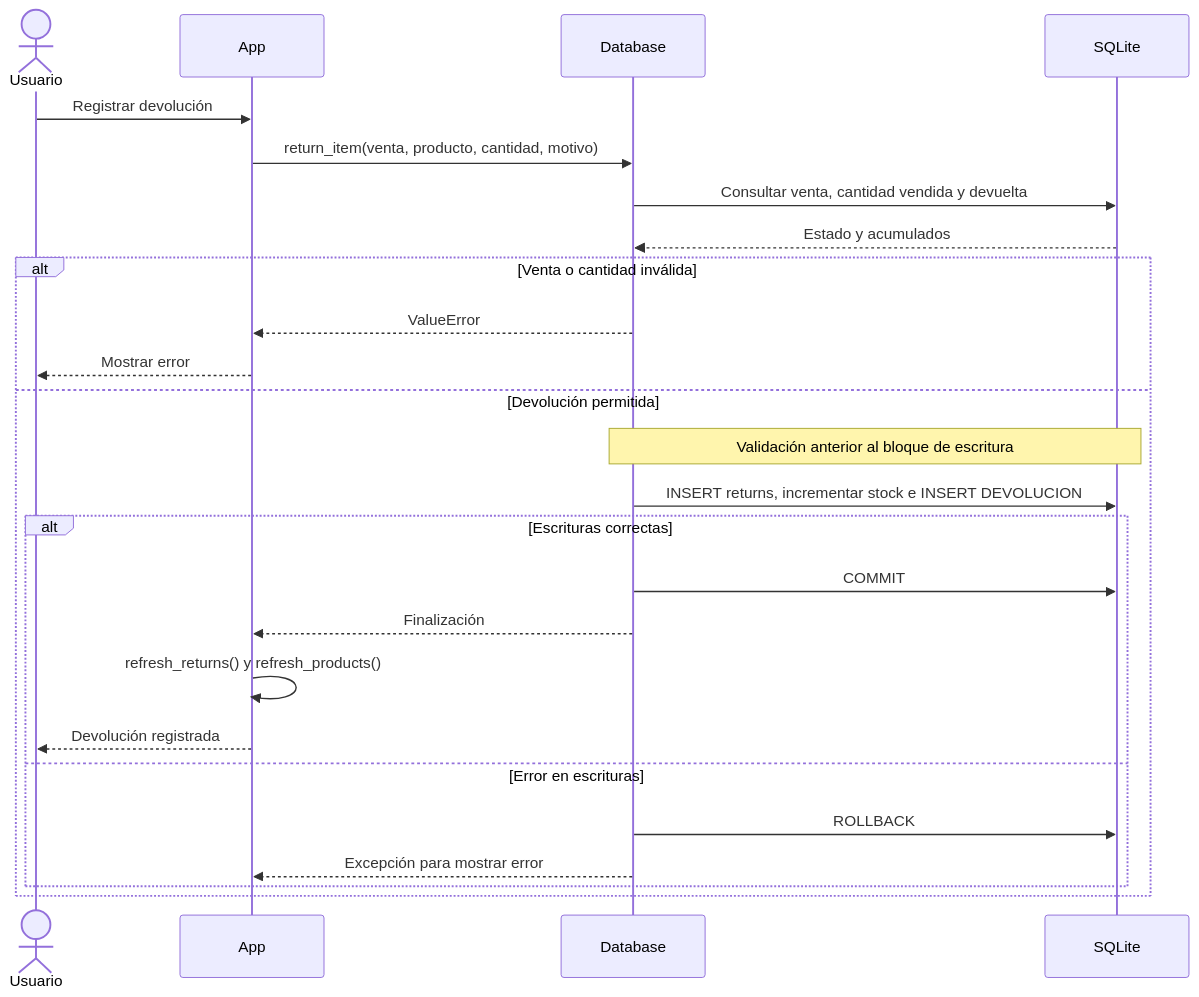
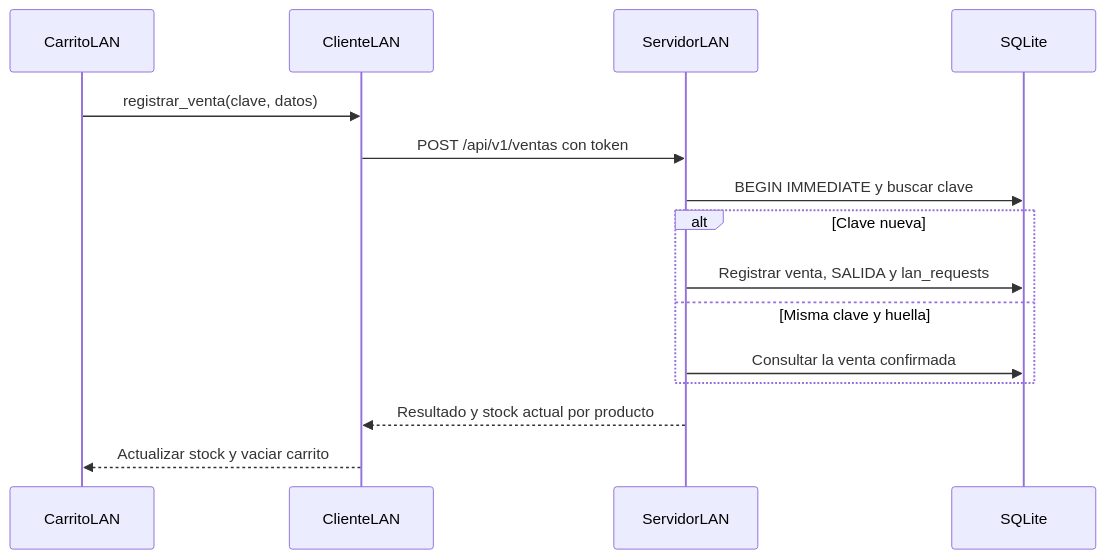
Before and after one commit to SQEquipo3/Trapitos: the fourth of 4 diagrams in docs/SDD.md, drawn with Mermaid. The commit also changed other lines of this file and 6 other files, not shown here.

Commit message:
Actualizar el SDD y el SAD de Mis Trapitos 8.0 con trazabilidad de QA

````diff
--- a/docs/SDD.md
+++ b/docs/SDD.md
@@ -586,27 +248,17 @@
 ```mermaid
 sequenceDiagram
-    actor U as Usuario
-    participant A as App
-    participant D as Database
-    participant S as SQLite
-    U->>A: Registrar devolución
-    A->>D: return_item(venta, producto, cantidad, motivo)
-    D->>S: Consultar venta, cantidad vendida y devuelta
-    S-->>D: Estado y acumulados
-    alt Venta o cantidad inválida
-        D-->>A: ValueError
-        A-->>U: Mostrar error
-    else Devolución permitida
-        Note over D,S: Validación anterior al bloque de escritura
-        D->>S: INSERT returns, incrementar stock e INSERT DEVOLUCION
-        alt Escrituras correctas
-            D->>S: COMMIT
-            D-->>A: Finalización
-            A->>A: refresh_returns() y refresh_products()
-            A-->>U: Devolución registrada
-        else Error en escrituras
-            D->>S: ROLLBACK
-            D-->>A: Excepción para mostrar error
-        end
-    end
+participant C as CarritoLAN
+participant H as ClienteLAN
+participant S as ServidorLAN
+participant D as SQLite
+C->>H: registrar_venta(clave, datos)
+H->>S: POST /api/v1/ventas con token
+S->>D: BEGIN IMMEDIATE y buscar clave
+alt Clave nueva
+S->>D: Registrar venta, SALIDA y lan_requests
+else Misma clave y huella
+S->>D: Consultar la venta confirmada
+end
+S-->>H: Resultado y stock actual por producto
+H-->>C: Actualizar stock y vaciar carrito
 ```
````
